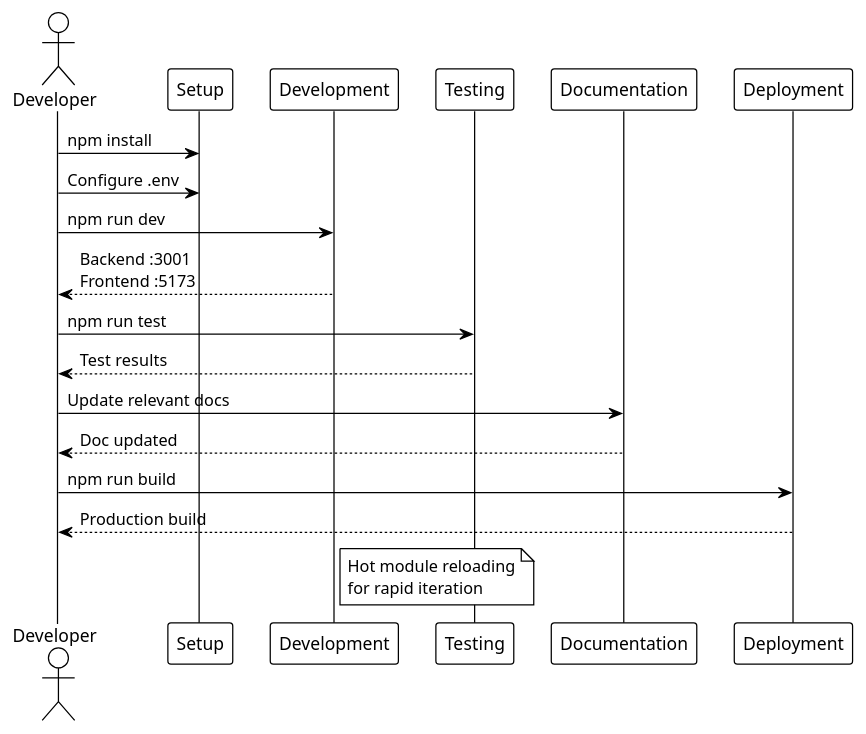
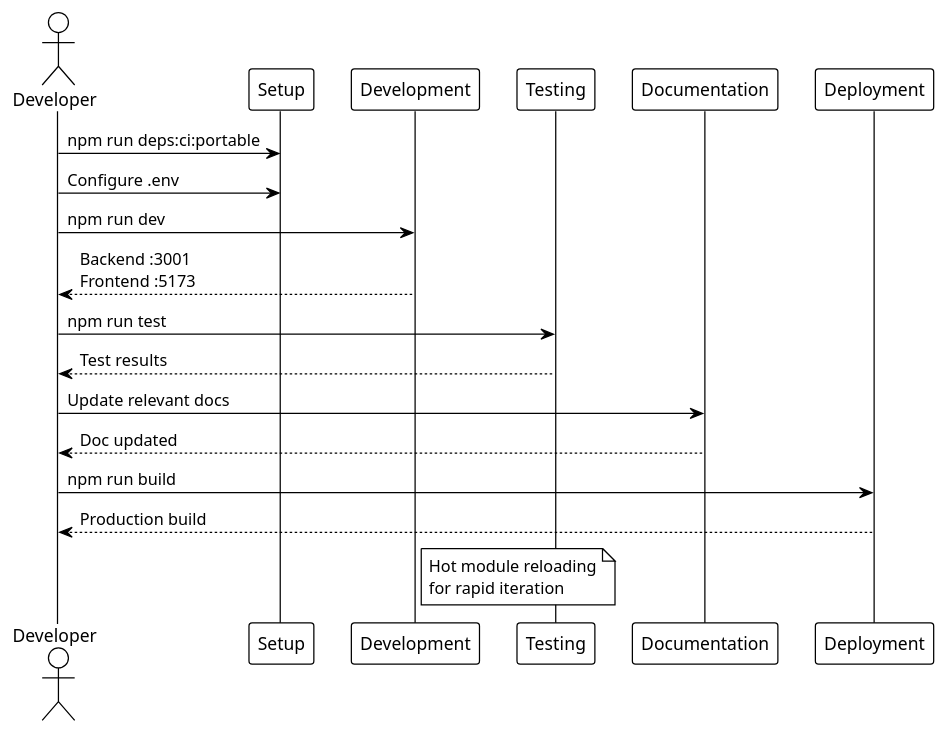
The first of 2 diagrams in docs/guides/index.md (EraPartner/Watchman), drawn with PlantUML before and after one commit. The commit also changed other lines of this file and 45 other files, not shown here.

````diff
--- a/docs/guides/index.md
+++ b/docs/guides/index.md
@@ -58,32 +58,32 @@
 ```plantuml
 @startuml
 !theme plain
 
 actor "Developer" as Dev
 participant "Setup" as Setup
 participant "Development" as DevEnv
 participant "Testing" as Test
 participant "Documentation" as Docs
 participant "Deployment" as Deploy
 
-Dev -> Setup : npm install
+Dev -> Setup : npm run deps:ci:portable
 Dev -> Setup : Configure .env
 
 Dev -> DevEnv : npm run dev
 DevEnv --> Dev : Backend :3001\nFrontend :5173
 
 Dev -> Test : npm run test
 Test --> Dev : Test results
 
 Dev -> Docs : Update relevant docs
 Docs --> Dev : Doc updated
 
 Dev -> Deploy : npm run build
 Deploy --> Dev : Production build
 
 note right of DevEnv
   Hot module reloading
   for rapid iteration
 end note
 @enduml
 ```
````
